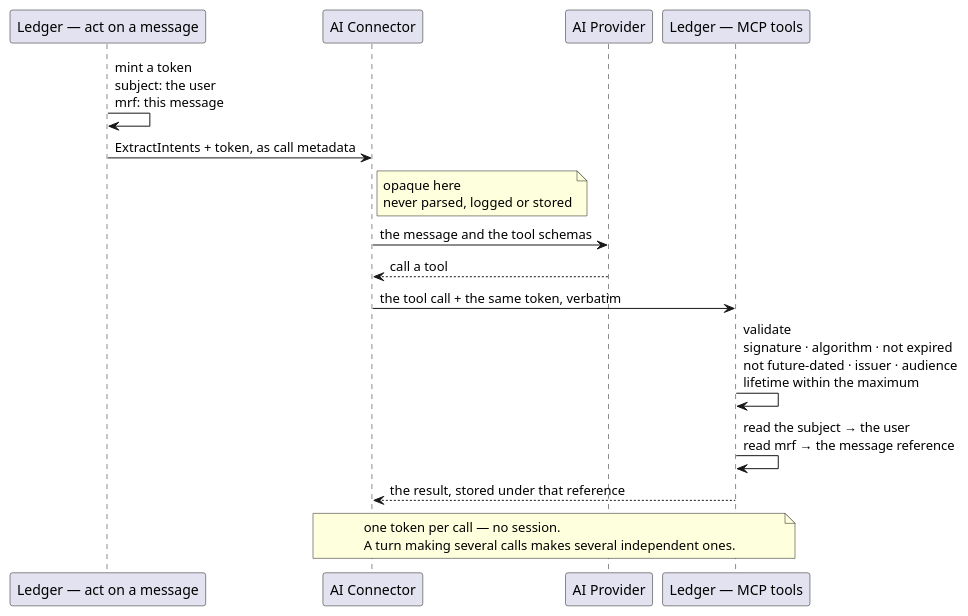
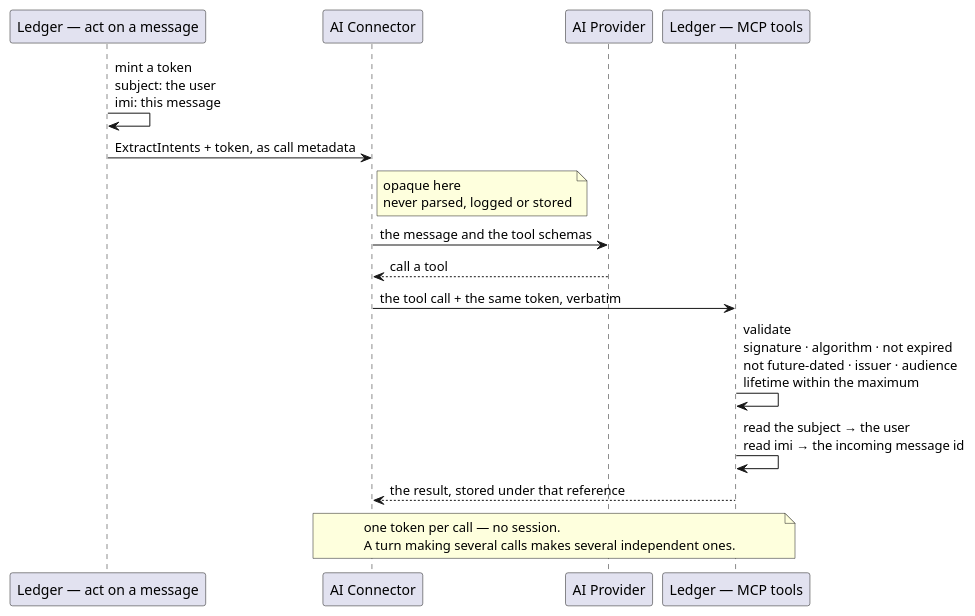
Before and after one commit to ds-usova/finance-bot: the diagram in ledger-service/docs/contracts/in/mcp.md, drawn with PlantUML. The commit also changed other lines of this file and 117 other files, not shown here.

Commit message:
Feature: name a turn by its incoming message and stub accepting expenses from the web

````diff
--- a/ledger-service/docs/contracts/in/mcp.md
+++ b/ledger-service/docs/contracts/in/mcp.md
@@ -121,22 +121,22 @@
 ```plantuml
 @startuml McpCallerToken-Sequence
 participant "Ledger — act on a message" as Turn
 participant "AI Connector" as Connector
 participant "AI Provider" as Provider
 participant "Ledger — MCP tools" as Tools
 
-Turn -> Turn : mint a token\nsubject: the user\nmrf: this message
+Turn -> Turn : mint a token\nsubject: the user\nimi: this message
 Turn -> Connector : ExtractIntents + token, as call metadata
 note right of Connector : opaque here\nnever parsed, logged or stored
 
 Connector -> Provider : the message and the tool schemas
 Provider --> Connector : call a tool
 
 Connector -> Tools : the tool call + the same token, verbatim
 Tools -> Tools : validate\nsignature · algorithm · not expired\nnot future-dated · issuer · audience\nlifetime within the maximum
-Tools -> Tools : read the subject → the user\nread mrf → the message reference
+Tools -> Tools : read the subject → the user\nread imi → the incoming message id
 Tools --> Connector : the result, stored under that reference
 
 note over Connector, Tools : one token per call — no session.\nA turn making several calls makes several independent ones.
 @enduml
 ```
````
